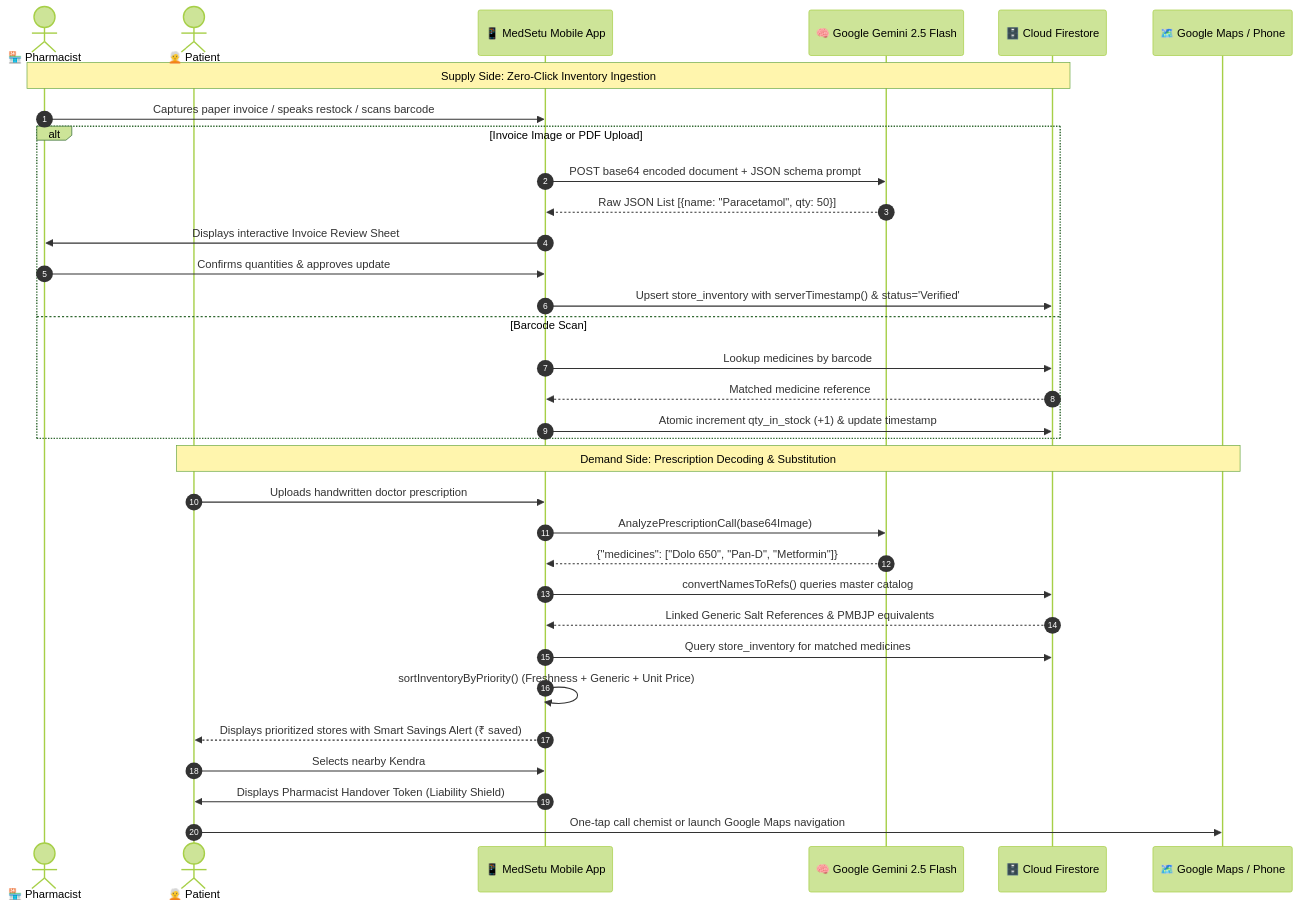
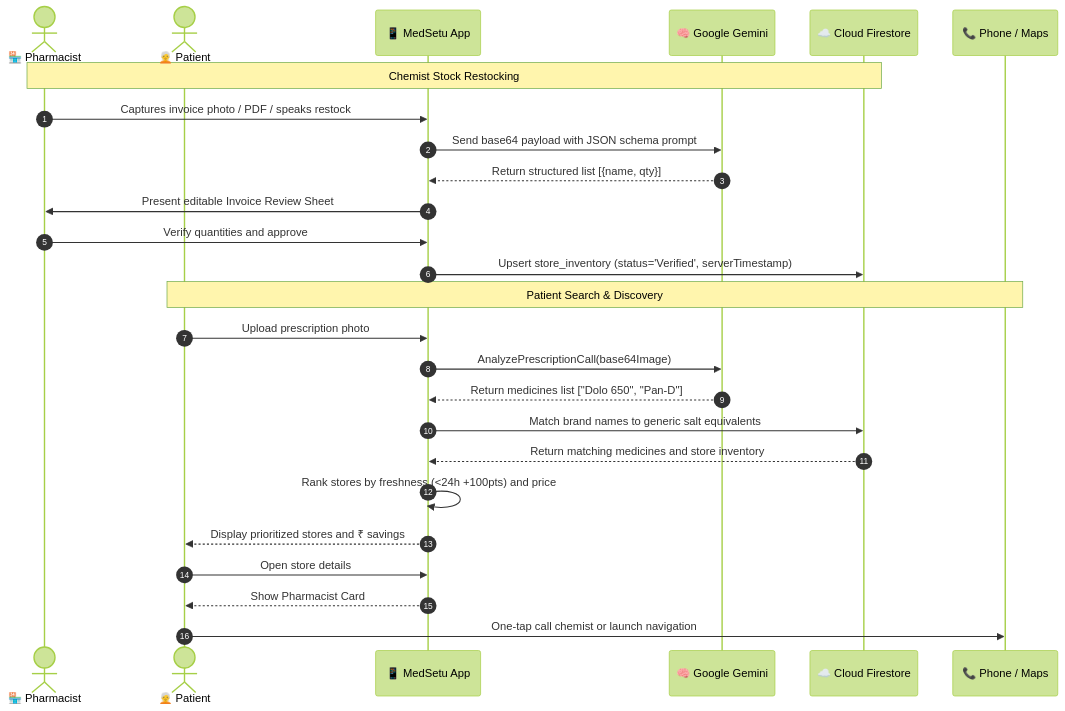
One commit to Parth-Chavan-15/MedSetu-TechSprint changed the second of 2 diagrams in README.md. Above: the diagram before and after it, drawn with Mermaid (forest theme). The commit also changed other lines of this file, not shown here.

Commit message:
docs: revamp README with verified product walkthrough, dual-agent architecture, and setup instructions

````diff
--- a/README.md
+++ b/README.md
@@ -148,39 +131,30 @@
 ```mermaid
 sequenceDiagram
     autonumber
     actor Chemist as 🏪 Pharmacist
     actor Patient as 🧑‍🦳 Patient
-    participant App as 📱 MedSetu Mobile App
-    participant Gemini as 🧠 Google Gemini 2.5 Flash
-    participant Firestore as 🗄️ Cloud Firestore
-    participant Maps as 🗺️ Google Maps / Phone
+    participant App as 📱 MedSetu App
+    participant Gemini as 🧠 Google Gemini
+    participant Firestore as ☁️ Cloud Firestore
+    participant Dialer as 📞 Phone / Maps
 
-    %% Chemist Ingestion
-    Note over Chemist, Firestore: Supply Side: Zero-Click Inventory Ingestion
-    Chemist->>App: Captures paper invoice / speaks restock / scans barcode
-    alt Invoice Image or PDF Upload
-        App->>Gemini: POST base64 encoded document + JSON schema prompt
-        Gemini-->>App: Raw JSON List [{name: "Paracetamol", qty: 50}]
-        App->>Chemist: Displays interactive Invoice Review Sheet
-        Chemist->>App: Confirms quantities & approves update
-        App->>Firestore: Upsert store_inventory with serverTimestamp() & status='Verified'
-    else Barcode Scan
-        App->>Firestore: Lookup medicines by barcode
-        Firestore-->>App: Matched medicine reference
-        App->>Firestore: Atomic increment qty_in_stock (+1) & update timestamp
-    end
+    Note over Chemist, Firestore: Chemist Stock Restocking
+    Chemist->>App: Captures invoice photo / PDF / speaks restock
+    App->>Gemini: Send base64 payload with JSON schema prompt
+    Gemini-->>App: Return structured list [{name, qty}]
+    App->>Chemist: Present editable Invoice Review Sheet
+    Chemist->>App: Verify quantities and approve
+    App->>Firestore: Upsert store_inventory (status='Verified', serverTimestamp)
 
-    %% Patient Discovery
-    Note over Patient, Maps: Demand Side: Prescription Decoding & Substitution
-    Patient->>App: Uploads handwritten doctor prescription
+    Note over Patient, Dialer: Patient Search & Discovery
+    Patient->>App: Upload prescription photo
     App->>Gemini: AnalyzePrescriptionCall(base64Image)
-    Gemini-->>App: {"medicines": ["Dolo 650", "Pan-D", "Metformin"]}
-    App->>Firestore: convertNamesToRefs() queries master catalog
-    Firestore-->>App: Linked Generic Salt References & PMBJP equivalents
-    App->>Firestore: Query store_inventory for matched medicines
-    App->>App: sortInventoryByPriority() (Freshness + Generic + Unit Price)
-    App-->>Patient: Displays prioritized stores with Smart Savings Alert (₹ saved)
-    Patient->>App: Selects nearby Kendra
-    App->>Patient: Displays Pharmacist Handover Token (Liability Shield)
-    Patient->>Maps: One-tap call chemist or launch Google Maps navigation
+    Gemini-->>App: Return medicines list ["Dolo 650", "Pan-D"]
+    App->>Firestore: Match brand names to generic salt equivalents
+    Firestore-->>App: Return matching medicines and store inventory
+    App->>App: Rank stores by freshness (<24h +100pts) and price
+    App-->>Patient: Display prioritized stores and ₹ savings
+    Patient->>App: Open store details
+    App-->>Patient: Show Pharmacist Card
+    Patient->>Dialer: One-tap call chemist or launch navigation
 ```
````
